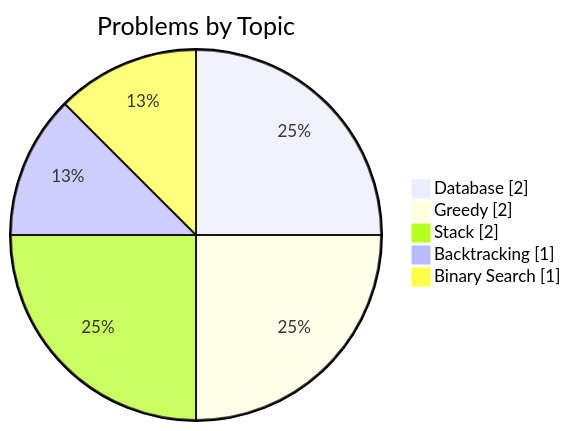
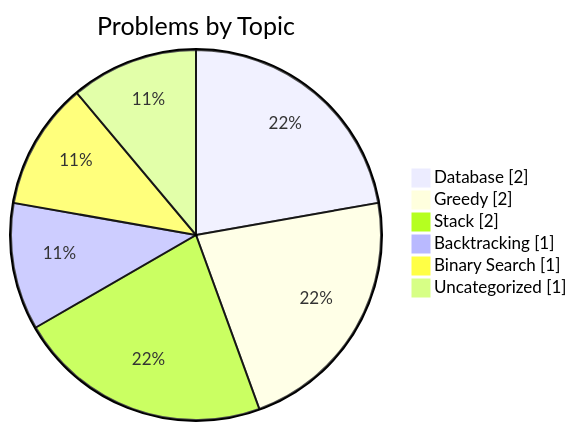
Before and after one commit to samy-D5/Leetcode: the second of 2 diagrams in README.md, drawn with Mermaid. The commit also changed other lines of this file, not shown here.

````diff
--- a/README.md
+++ b/README.md
@@ -27,8 +27,9 @@
 ```mermaid
 pie showData title Problems by Topic
     "Database" : 2
     "Greedy" : 2
     "Stack" : 2
     "Backtracking" : 1
     "Binary Search" : 1
+    "Uncategorized" : 1
 ```
````
